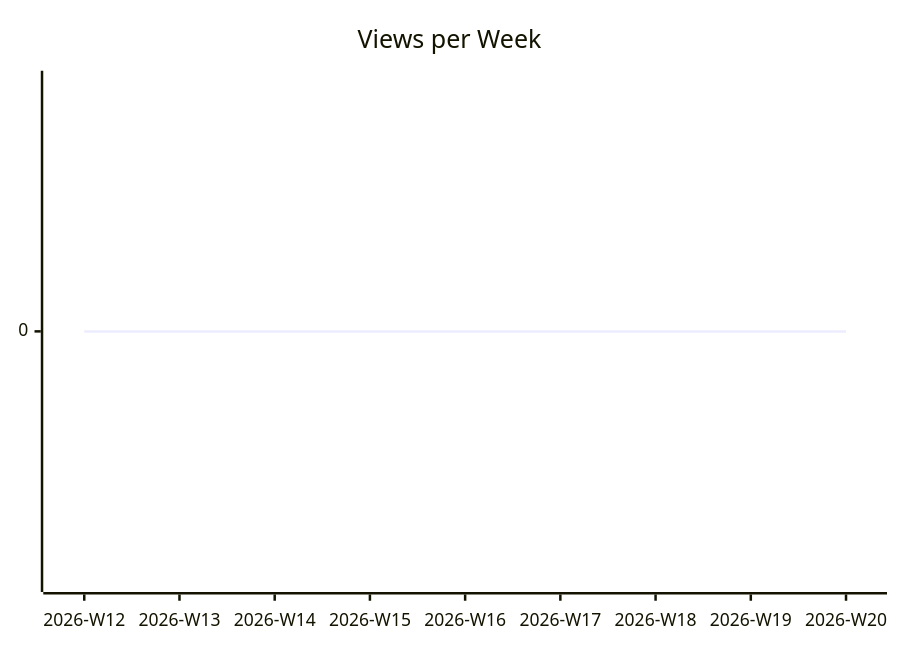
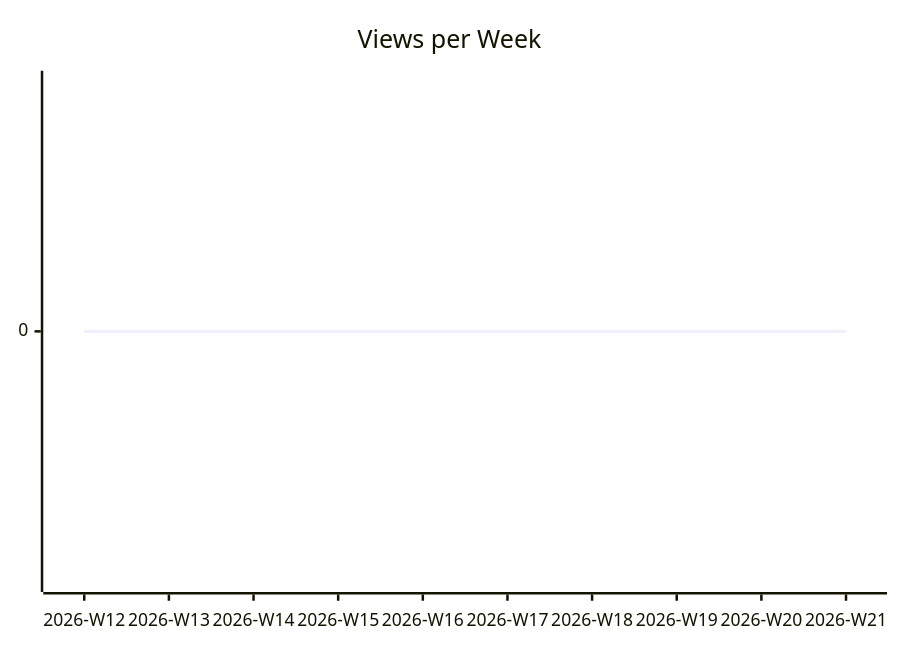
One commit to justdavis-family/github-analytics-data changed the second of 3 diagrams in karlmdavis/liquibase/README.md. Above: the diagram before and after it, drawn with Mermaid. The commit also changed other lines of this file and 189 other files, not shown here.

````diff
--- a/karlmdavis/liquibase/README.md
+++ b/karlmdavis/liquibase/README.md
@@ -12,6 +12,6 @@
 ```mermaid
 xychart-beta
   title "Views per Week"
-  x-axis ["2026-W12", "2026-W13", "2026-W14", "2026-W15", "2026-W16", "2026-W17", "2026-W18", "2026-W19", "2026-W20"]
-  line [0, 0, 0, 0, 0, 0, 0, 0, 0]
+  x-axis ["2026-W12", "2026-W13", "2026-W14", "2026-W15", "2026-W16", "2026-W17", "2026-W18", "2026-W19", "2026-W20", "2026-W21"]
+  line [0, 0, 0, 0, 0, 0, 0, 0, 0, 0]
 ```
````
